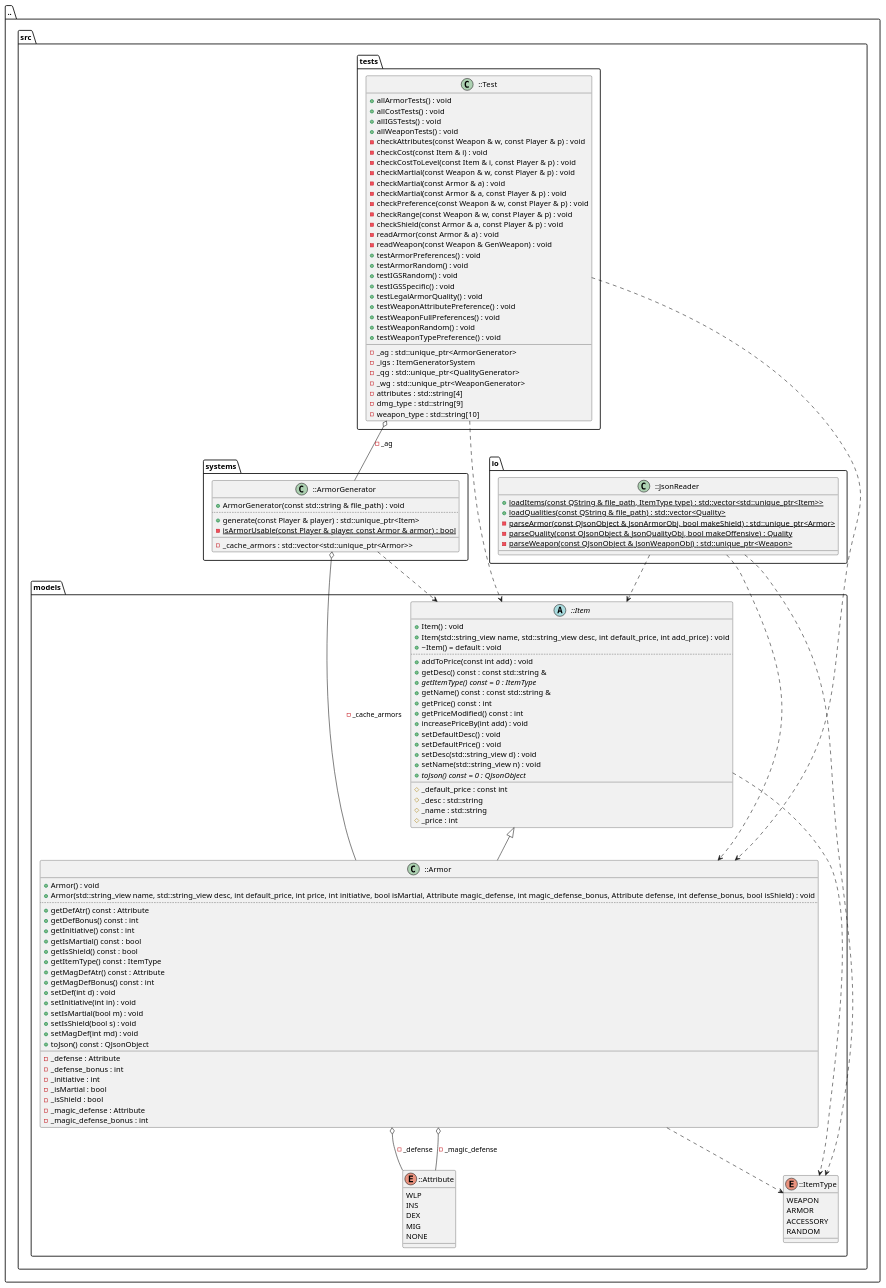
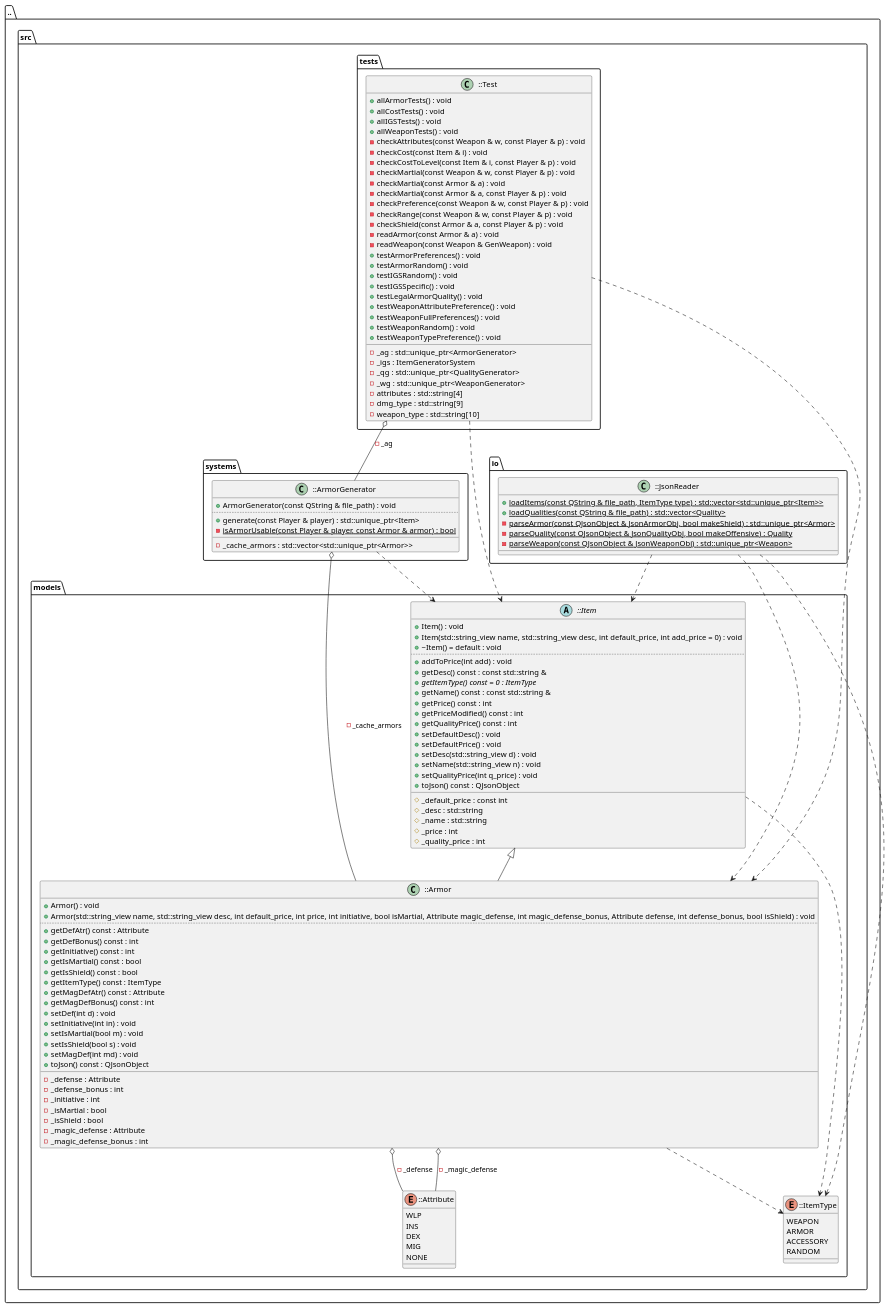
Before and after one commit to FasolowySpioch/faubla-ultima-item-generator: the diagram in docs/diagrams/Armor_diagram.puml, drawn with PlantUML. The commit also changed 36 other files, not shown here.

Commit message:
diagrams

```diff
--- a/docs/diagrams/Armor_diagram.puml
+++ b/docs/diagrams/Armor_diagram.puml
@@ -1,150 +1,152 @@
 @startuml
 package [..] as C_0016431317663134048372 {
 package [src] as C_0010634688166860467214 {
 package [models] as C_0001626712604113445200 {
 enum "::ItemType" as C_0009506588567340924694
 enum C_0009506588567340924694 {
 WEAPON
 ARMOR
 ACCESSORY
 RANDOM
 }
 abstract "::Item" as C_0005967165952864249862
 abstract C_0005967165952864249862 {
 +Item() : void
-+Item(std::string_view name, std::string_view desc, int default_price, int add_price) : void
++Item(std::string_view name, std::string_view desc, int default_price, int add_price = 0) : void
 +~Item() = default : void
 ..
-+addToPrice(const int add) : void
++addToPrice(int add) : void
 +getDesc() const : const std::string &
 {abstract} +getItemType() const = 0 : ItemType
 +getName() const : const std::string &
 +getPrice() const : int
 +getPriceModified() const : int
-+increasePriceBy(int add) : void
++getQualityPrice() const : int
 +setDefaultDesc() : void
 +setDefaultPrice() : void
 +setDesc(std::string_view d) : void
 +setName(std::string_view n) : void
-{abstract} +toJson() const = 0 : QJsonObject
++setQualityPrice(int q_price) : void
++toJson() const : QJsonObject
 __
 #_default_price : const int
 #_desc : std::string
 #_name : std::string
 #_price : int
+#_quality_price : int
 }
 enum "::Attribute" as C_0013522169845410927695
 enum C_0013522169845410927695 {
 WLP
 INS
 DEX
 MIG
 NONE
 }
 class "::Armor" as C_0017091837617986840564
 class C_0017091837617986840564 {
 +Armor() : void
 +Armor(std::string_view name, std::string_view desc, int default_price, int price, int initiative, bool isMartial, Attribute magic_defense, int magic_defense_bonus, Attribute defense, int defense_bonus, bool isShield) : void
 ..
 +getDefAtr() const : Attribute
 +getDefBonus() const : int
 +getInitiative() const : int
 +getIsMartial() const : bool
 +getIsShield() const : bool
 +getItemType() const : ItemType
 +getMagDefAtr() const : Attribute
 +getMagDefBonus() const : int
 +setDef(int d) : void
 +setInitiative(int in) : void
 +setIsMartial(bool m) : void
 +setIsShield(bool s) : void
 +setMagDef(int md) : void
 +toJson() const : QJsonObject
 __
 -_defense : Attribute
 -_defense_bonus : int
 -_initiative : int
 -_isMartial : bool
 -_isShield : bool
 -_magic_defense : Attribute
 -_magic_defense_bonus : int
 }
 }
 package [io] as C_0016395333381226012294 {
 class "::JsonReader" as C_0002948440278719519756
 class C_0002948440278719519756 {
 {static} +loadItems(const QString & file_path, ItemType type) : std::vector<std::unique_ptr<Item>>
 {static} +loadQualities(const QString & file_path) : std::vector<Quality>
 {static} -parseArmor(const QJsonObject & JsonArmorObj, bool makeShield) : std::unique_ptr<Armor>
 {static} -parseQuality(const QJsonObject & JsonQualityObj, bool makeOffensive) : Quality
 {static} -parseWeapon(const QJsonObject & JsonWeaponObj) : std::unique_ptr<Weapon>
 __
 }
 }
 package [systems] as C_0016692703261607978348 {
 class "::ArmorGenerator" as C_0005567866987455504025
 class C_0005567866987455504025 {
-+ArmorGenerator(const std::string & file_path) : void
++ArmorGenerator(const QString & file_path) : void
 ..
 +generate(const Player & player) : std::unique_ptr<Item>
 {static} -isArmorUsable(const Player & player, const Armor & armor) : bool
 __
 -_cache_armors : std::vector<std::unique_ptr<Armor>>
 }
 }
 package [tests] as C_0009102687024667839383 {
 class "::Test" as C_0002626979548338364165
 class C_0002626979548338364165 {
 +allArmorTests() : void
 +allCostTests() : void
 +allIGSTests() : void
 +allWeaponTests() : void
 -checkAttributes(const Weapon & w, const Player & p) : void
 -checkCost(const Item & i) : void
 -checkCostToLevel(const Item & i, const Player & p) : void
 -checkMartial(const Weapon & w, const Player & p) : void
 -checkMartial(const Armor & a) : void
 -checkMartial(const Armor & a, const Player & p) : void
 -checkPreference(const Weapon & w, const Player & p) : void
 -checkRange(const Weapon & w, const Player & p) : void
 -checkShield(const Armor & a, const Player & p) : void
 -readArmor(const Armor & a) : void
 -readWeapon(const Weapon & GenWeapon) : void
 +testArmorPreferences() : void
 +testArmorRandom() : void
 +testIGSRandom() : void
 +testIGSSpecific() : void
 +testLegalArmorQuality() : void
 +testWeaponAttributePreference() : void
 +testWeaponFullPreferences() : void
 +testWeaponRandom() : void
 +testWeaponTypePreference() : void
 __
 -_ag : std::unique_ptr<ArmorGenerator>
 -_igs : ItemGeneratorSystem
 -_qg : std::unique_ptr<QualityGenerator>
 -_wg : std::unique_ptr<WeaponGenerator>
 -attributes : std::string[4]
 -dmg_type : std::string[9]
 -weapon_type : std::string[10]
 }
 }
 }
 }
 C_0005967165952864249862 ..> C_0009506588567340924694
 C_0017091837617986840564 ..> C_0009506588567340924694
 C_0017091837617986840564 o-- C_0013522169845410927695 : -_magic_defense
 C_0017091837617986840564 o-- C_0013522169845410927695 : -_defense
 C_0005967165952864249862 <|-- C_0017091837617986840564
 C_0002948440278719519756 ..> C_0017091837617986840564
 C_0002948440278719519756 ..> C_0009506588567340924694
 C_0002948440278719519756 ..> C_0005967165952864249862
 C_0005567866987455504025 ..> C_0005967165952864249862
 C_0005567866987455504025 o-- C_0017091837617986840564 : -_cache_armors
 C_0002626979548338364165 ..> C_0005967165952864249862
 C_0002626979548338364165 ..> C_0017091837617986840564
 C_0002626979548338364165 o-- C_0005567866987455504025 : -_ag
 
 'Generated with clang-uml, version 0.6.2
 'LLVM version clang version 20.1.7 (https://github.com/llvm/llvm-project.git 6146a88f60492b520a36f8f8f3231e15f3cc6082)
 @enduml
```
